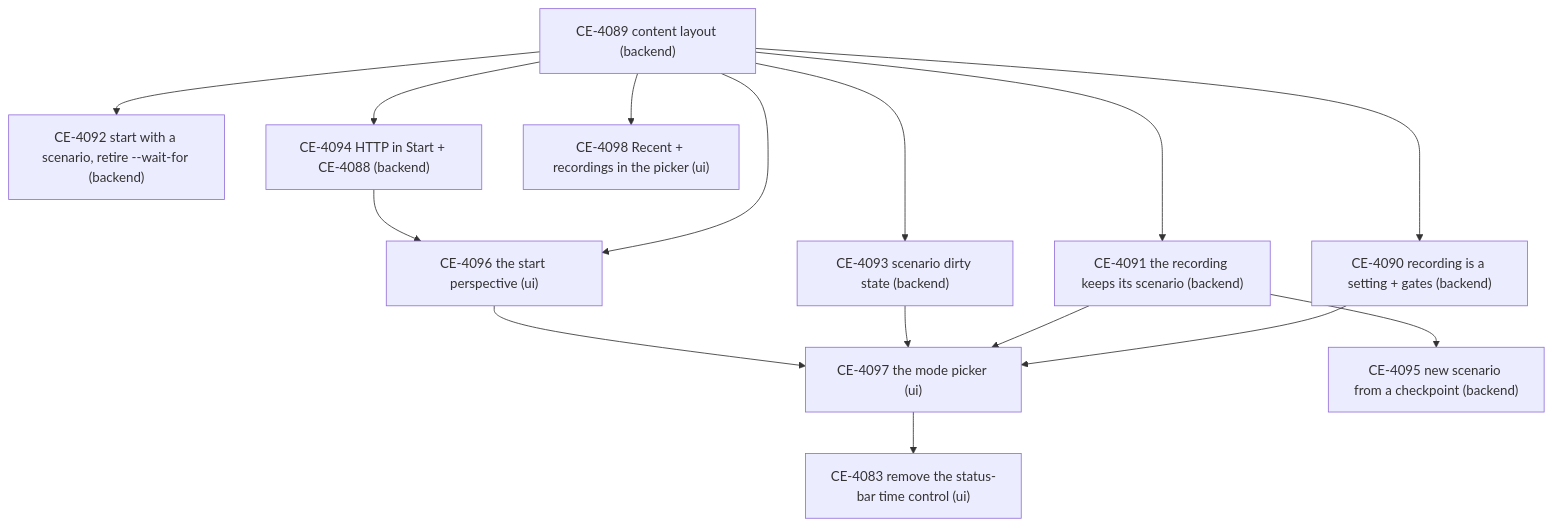
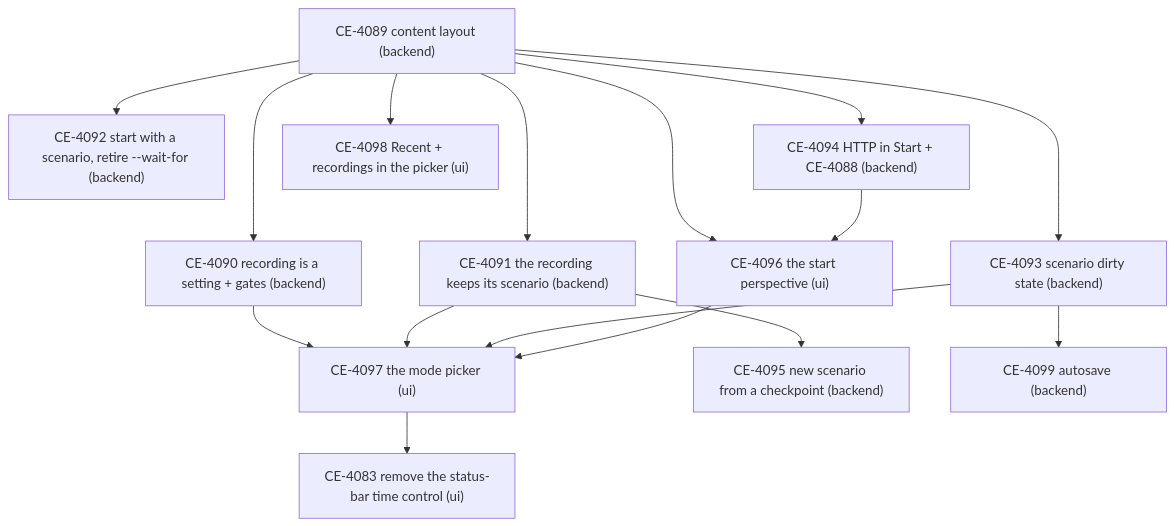
The diagram in docs/blueprints/PLAN_Run_Modes_And_Content_Build.md (pjanec/HROT), drawn with Mermaid before and after one commit. The commit also changed other lines of this file and 3 other files, not shown here.

````diff
--- a/docs/blueprints/PLAN_Run_Modes_And_Content_Build.md
+++ b/docs/blueprints/PLAN_Run_Modes_And_Content_Build.md
@@ -19,17 +19,18 @@
 ```mermaid
 graph TD
   C89["CE-4089 content layout (backend)"] --> B90["CE-4090 recording is a setting + gates (backend)"]
   C89 --> B91["CE-4091 the recording keeps its scenario (backend)"]
   C89 --> B92["CE-4092 start with a scenario, retire --wait-for (backend)"]
   C89 --> B93["CE-4093 scenario dirty state (backend)"]
   C89 --> B94["CE-4094 HTTP in Start + CE-4088 (backend)"]
   C89 --> U96["CE-4096 the start perspective (ui)"]
   C89 --> U98["CE-4098 Recent + recordings in the picker (ui)"]
   B94 --> U96
   B90 --> U97["CE-4097 the mode picker (ui)"]
   B91 --> U97
   B93 --> U97
   U96 --> U97
   B91 --> B95["CE-4095 new scenario from a checkpoint (backend)"]
+  B93 --> B99["CE-4099 autosave (backend)"]
   U97 --> U83["CE-4083 remove the status-bar time control (ui)"]
 ```
````
